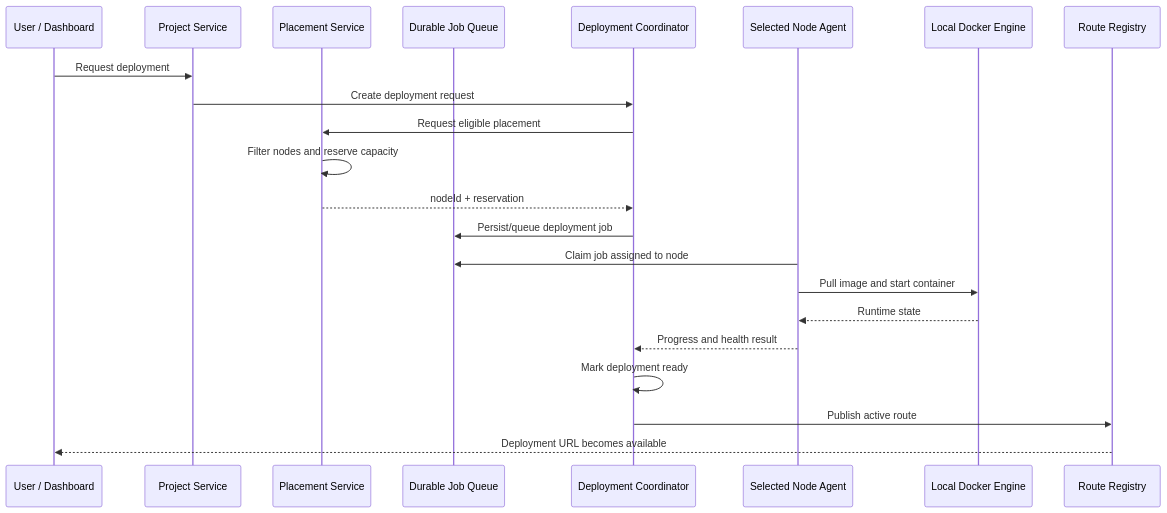
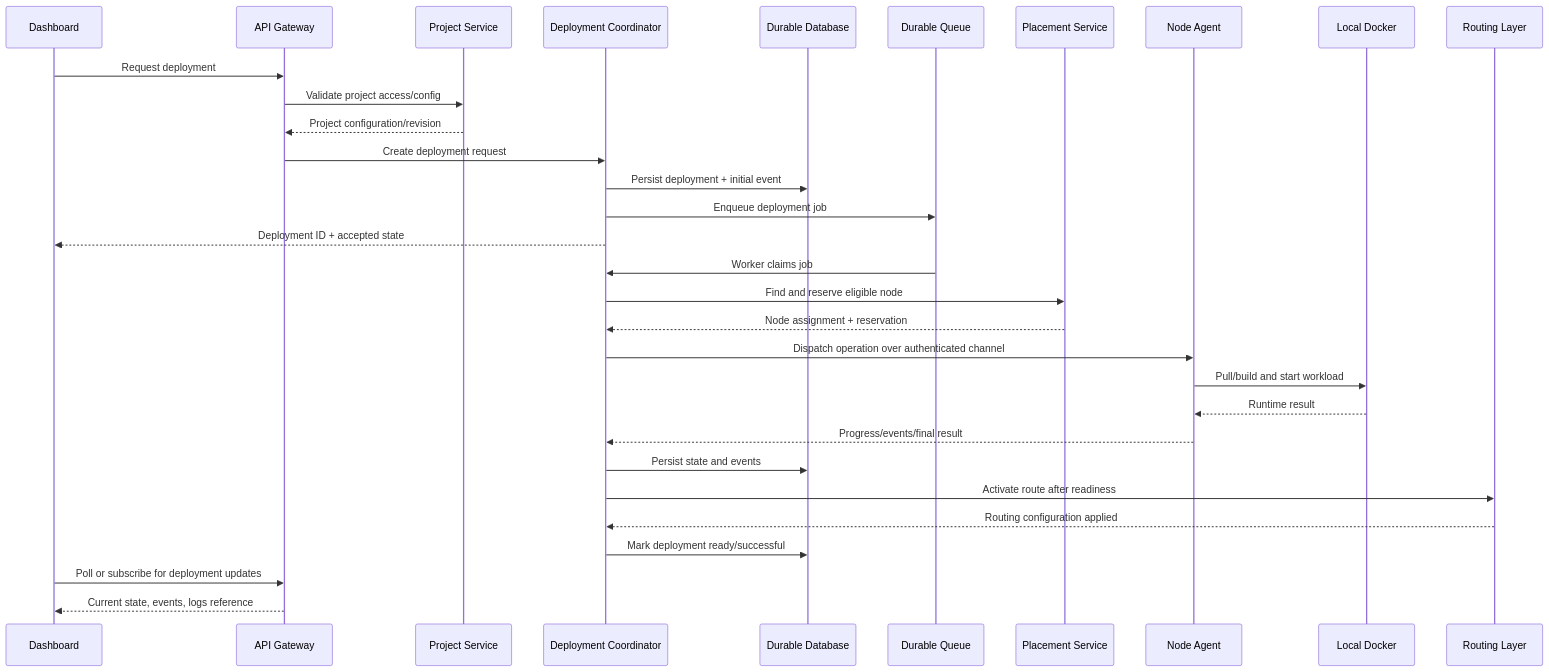
One commit to rahulkumar6777/Deployhub changed the third of 4 diagrams in readme.md. Above: the diagram before and after it, drawn with Mermaid. The commit also changed other lines of this file, not shown here.

````diff
--- a/readme.md
+++ b/readme.md
@@ -407,25 +394,34 @@
 ```mermaid
 sequenceDiagram
-    participant U as User / Dashboard
-    participant P as Project Service
-    participant S as Placement Service
-    participant Q as Durable Job Queue
-    participant D as Deployment Coordinator
-    participant A as Selected Node Agent
-    participant X as Local Docker Engine
-    participant R as Route Registry
+    participant User as Dashboard
+    participant API as API Gateway
+    participant Proj as Project Service
+    participant Coord as Deployment Coordinator
+    participant DB as Durable Database
+    participant Queue as Durable Queue
+    participant Place as Placement Service
+    participant Agent as Node Agent
+    participant Docker as Local Docker
+    participant Route as Routing Layer
 
-    U->>P: Request deployment
-    P->>D: Create deployment request
-    D->>S: Request eligible placement
-    S->>S: Filter nodes and reserve capacity
-    S-->>D: nodeId + reservation
-    D->>Q: Persist/queue deployment job
-    A->>Q: Claim job assigned to node
-    A->>X: Pull image and start container
-    X-->>A: Runtime state
-    A-->>D: Progress and health result
-    D->>D: Mark deployment ready
-    D->>R: Publish active route
-    R-->>U: Deployment URL becomes available
+    User->>API: Request deployment
+    API->>Proj: Validate project access/config
+    Proj-->>API: Project configuration/revision
+    API->>Coord: Create deployment request
+    Coord->>DB: Persist deployment + initial event
+    Coord->>Queue: Enqueue deployment job
+    Coord-->>User: Deployment ID + accepted state
+    Queue->>Coord: Worker claims job
+    Coord->>Place: Find and reserve eligible node
+    Place-->>Coord: Node assignment + reservation
+    Coord->>Agent: Dispatch operation over authenticated channel
+    Agent->>Docker: Pull/build and start workload
+    Docker-->>Agent: Runtime result
+    Agent-->>Coord: Progress/events/final result
+    Coord->>DB: Persist state and events
+    Coord->>Route: Activate route after readiness
+    Route-->>Coord: Routing configuration applied
+    Coord->>DB: Mark deployment ready/successful
+    User->>API: Poll or subscribe for deployment updates
+    API-->>User: Current state, events, logs reference
 ```
````
